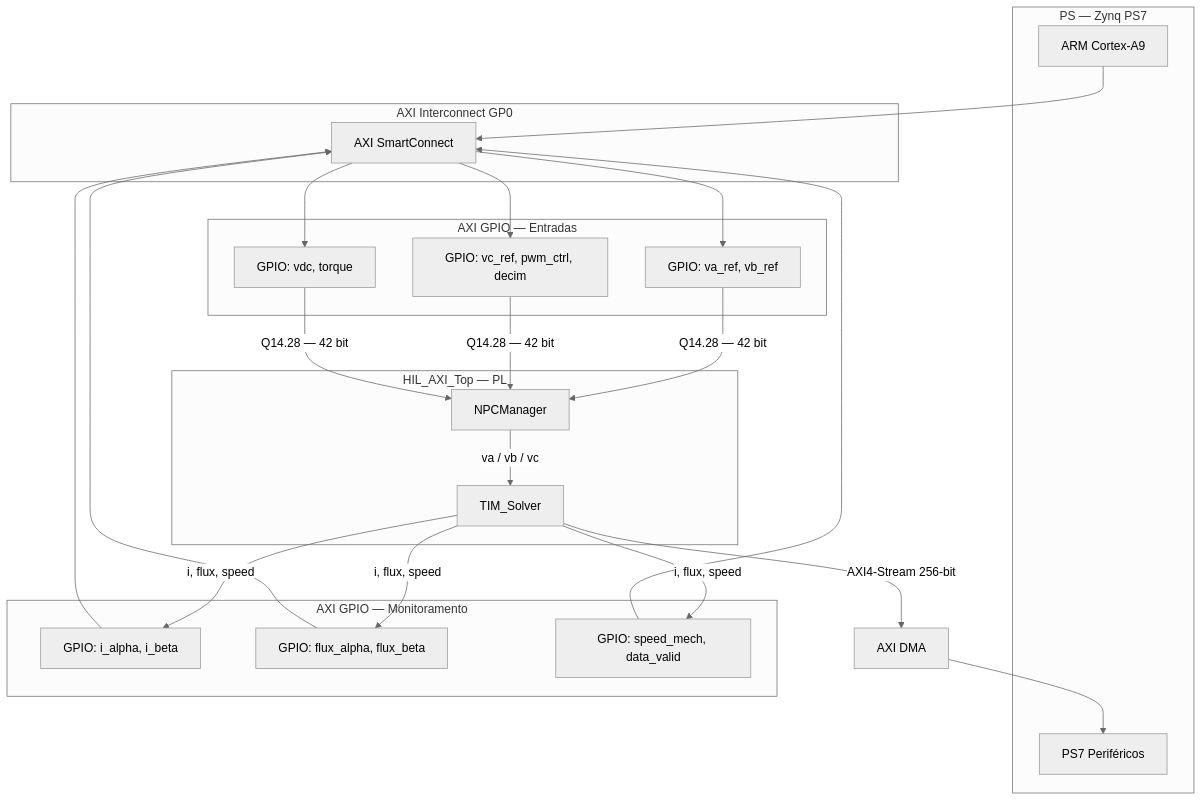
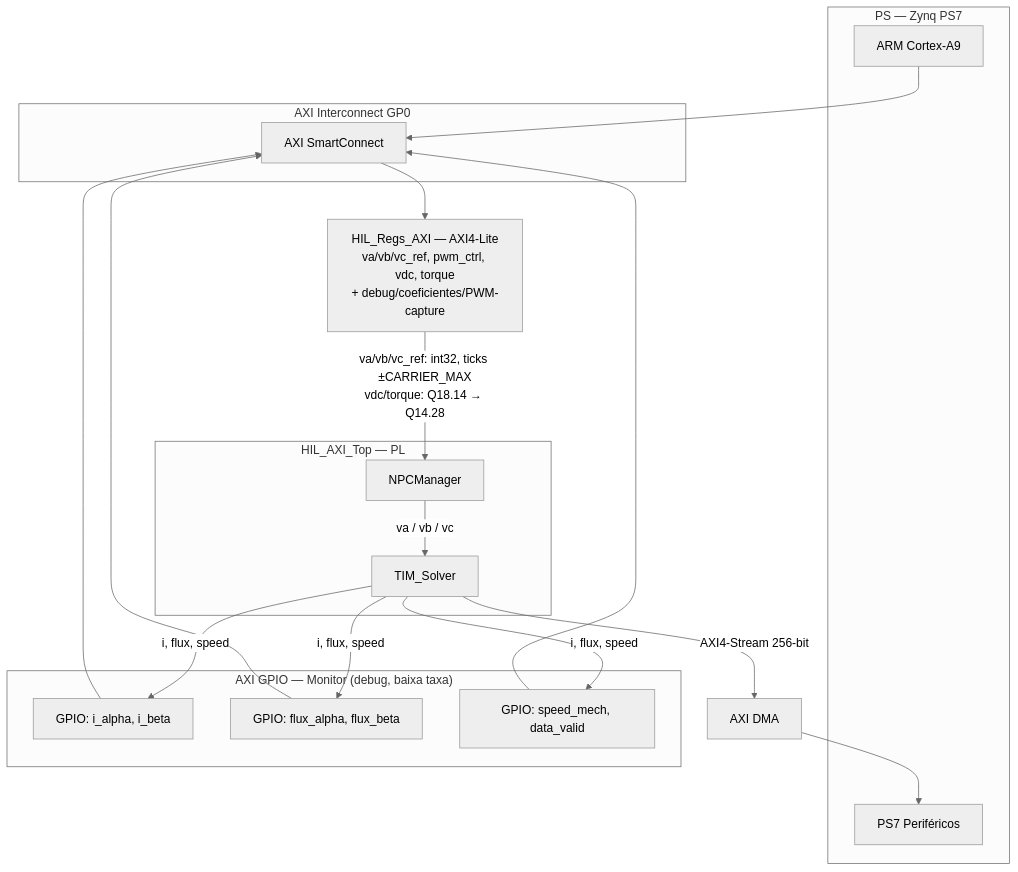
The second of 7 diagrams in docs/architecture.md (urielcontardi/Hardware-in-the-Loop), drawn with Mermaid (neutral theme) before and after one commit. The commit also changed other lines of this file and 2 other files, not shown here.

Commit message:
📝 docs: fix outdated architecture (clock, registers, IRQ, API)

````diff
--- a/docs/architecture.md
+++ b/docs/architecture.md
@@ -56,39 +66,35 @@
 ```mermaid
 flowchart TB
     subgraph PS_SIDE["PS — Zynq PS7"]
         ARM["ARM Cortex-A9"]
         PS7_PERI["PS7 Periféricos"]
     end
 
     subgraph AXI_BUS["AXI Interconnect GP0"]
         SC["AXI SmartConnect"]
     end
 
-    subgraph GPIO_IN["AXI GPIO — Entradas"]
-        G_VREF_AB["GPIO: va_ref, vb_ref"]
-        G_VREF_C["GPIO: vc_ref, pwm_ctrl, decim"]
-        G_VDC_TQ["GPIO: vdc, torque"]
-    end
+    REGS["HIL_Regs_AXI — AXI4-Lite\nva/vb/vc_ref, pwm_ctrl, vdc, torque\n+ debug/coeficientes/PWM-capture"]
 
-    subgraph GPIO_OUT["AXI GPIO — Monitoramento"]
+    subgraph GPIO_OUT["AXI GPIO — Monitor (debug, baixa taxa)"]
         G_MON1["GPIO: i_alpha, i_beta"]
         G_MON2["GPIO: flux_alpha, flux_beta"]
         G_MON3["GPIO: speed_mech, data_valid"]
     end
 
     subgraph PL_LOGIC["HIL_AXI_Top — PL"]
         NPC_BLK["NPCManager"]
         TIM_BLK["TIM_Solver"]
     end
 
     DMA_BLK["AXI DMA"]
 
     ARM --> SC
-    SC --> G_VREF_AB & G_VREF_C & G_VDC_TQ
-    G_VREF_AB & G_VREF_C & G_VDC_TQ -->|"Q14.28 — 42 bit"| NPC_BLK
+    SC --> REGS
+    REGS -->|"va/vb/vc_ref: int32, ticks ±CARRIER_MAX\nvdc/torque: Q18.14 → Q14.28"| NPC_BLK
     NPC_BLK -->|"va / vb / vc"| TIM_BLK
     TIM_BLK -->|"i, flux, speed"| G_MON1 & G_MON2 & G_MON3
     G_MON1 & G_MON2 & G_MON3 --> SC
     TIM_BLK -->|"AXI4-Stream 256-bit"| DMA_BLK
     DMA_BLK --> PS7_PERI
 ```
````
